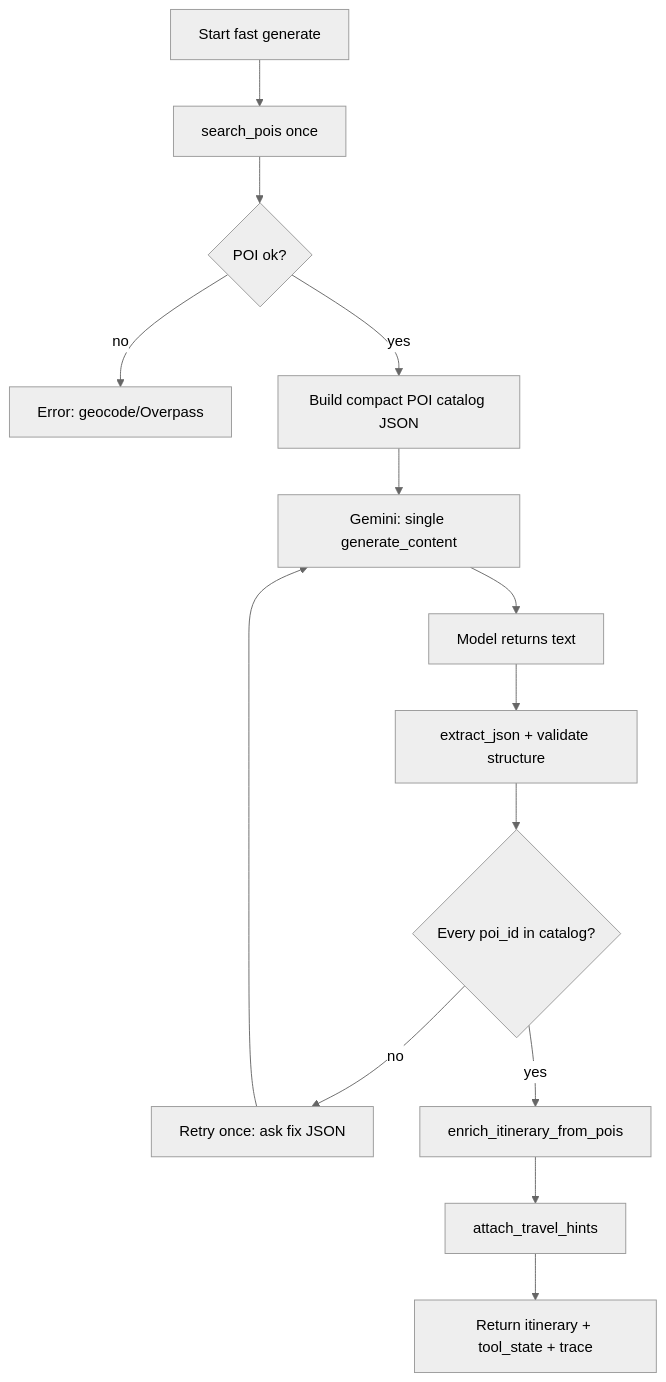
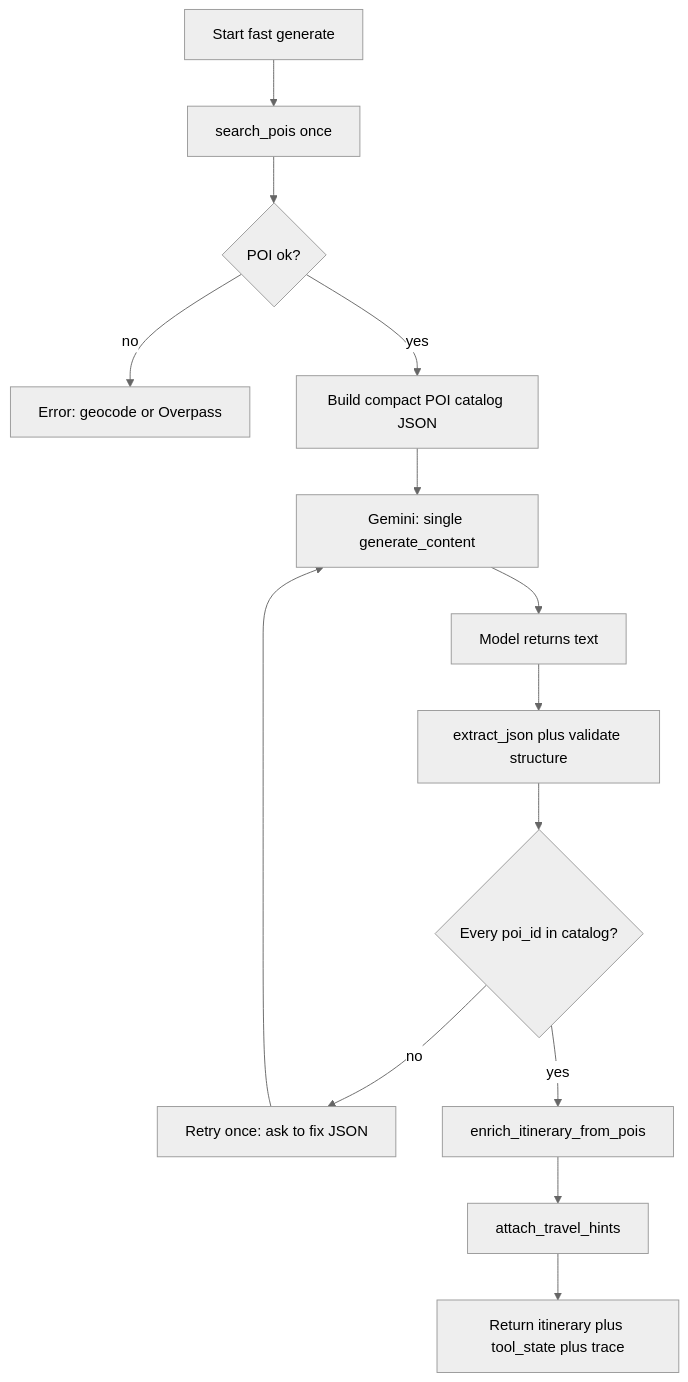
The sixth of 19 diagrams in info.md (guptaastha1427/Trip-Planner), drawn with Mermaid (neutral theme) before and after one commit. The commit also changed other lines of this file and 4 other files, not shown here.

````diff
--- a/info.md
+++ b/info.md
@@ -283,16 +284,16 @@
 ```mermaid
 flowchart TD
   A[Start fast generate] --> B[search_pois once]
   B --> C{POI ok?}
-  C -->|no| E[Error: geocode/Overpass]
+  C -->|no| E[Error: geocode or Overpass]
   C -->|yes| D[Build compact POI catalog JSON]
   D --> F[Gemini: single generate_content]
   F --> G[Model returns text]
-  G --> H[extract_json + validate structure]
+  G --> H[extract_json plus validate structure]
   H --> I{Every poi_id in catalog?}
-  I -->|no| J[Retry once: ask fix JSON]
+  I -->|no| J[Retry once: ask to fix JSON]
   J --> F
   I -->|yes| K[enrich_itinerary_from_pois]
   K --> L[attach_travel_hints]
-  L --> M[Return itinerary + tool_state + trace]
+  L --> M[Return itinerary plus tool_state plus trace]
 ```
````
